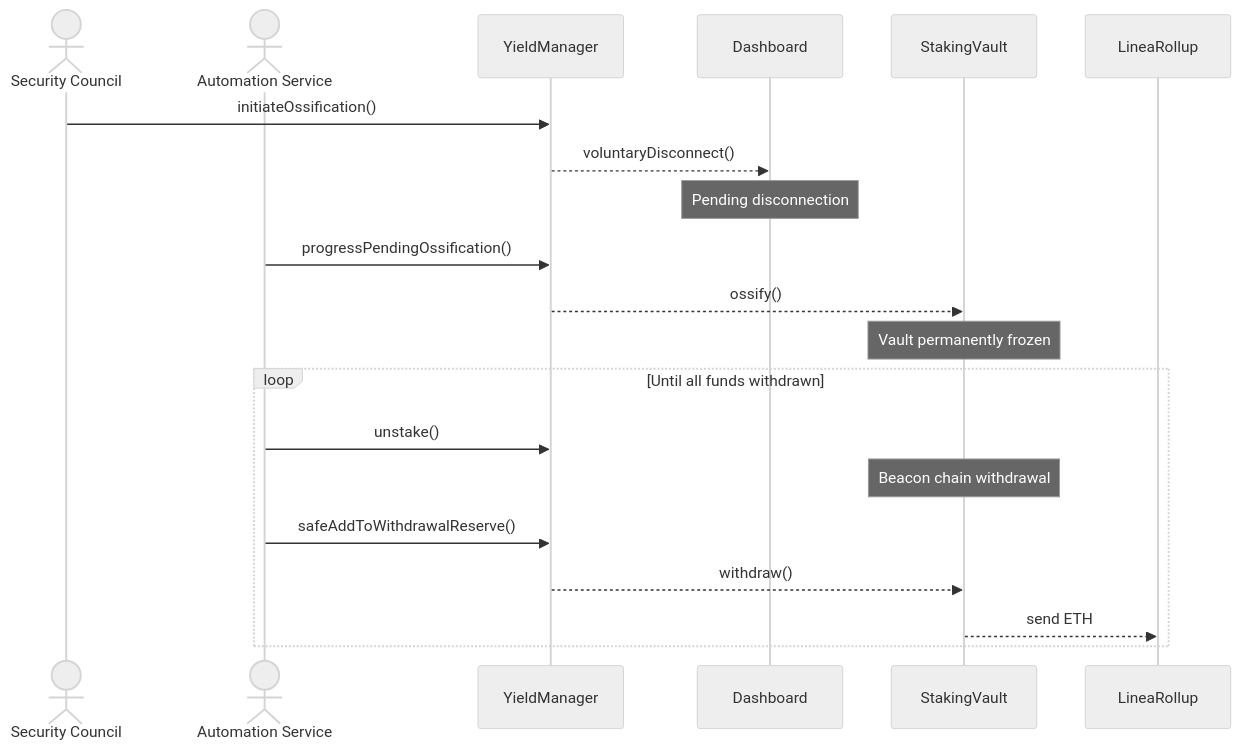
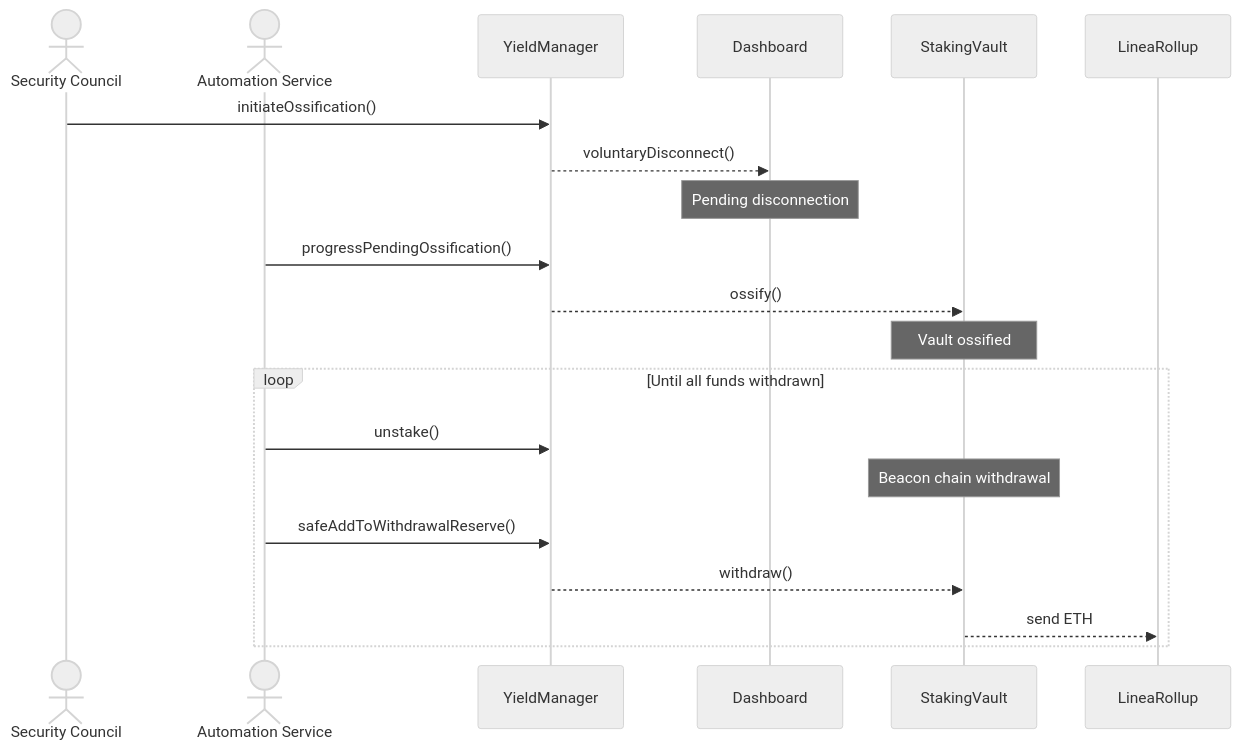
One commit to Consensys/linea-monorepo changed the eighth of 8 diagrams in docs/yield-boost-fund-flow.md. Above: the diagram before and after it, drawn with Mermaid (neutral theme). The commit also changed other lines of this file, not shown here.

First line of the commit message:
docs: correct fund flow accuracy in roles and sequences

````diff
--- a/docs/yield-boost-fund-flow.md
+++ b/docs/yield-boost-fund-flow.md
@@ -230,25 +231,25 @@
 ```mermaid
 sequenceDiagram
     actor SC as Security Council
     actor Auto as Automation Service
     participant YM as YieldManager
     participant DB as Dashboard
     participant SV as StakingVault
     participant LR as LineaRollup
 
     SC->>YM: initiateOssification()
     YM-->>DB: voluntaryDisconnect()
     Note over DB: Pending disconnection
 
     Auto->>YM: progressPendingOssification()
     YM-->>SV: ossify()
-    Note over SV: Vault permanently frozen
+    Note over SV: Vault ossified
 
     loop Until all funds withdrawn
         Auto->>YM: unstake()
         Note over SV: Beacon chain withdrawal
         Auto->>YM: safeAddToWithdrawalReserve()
         YM-->>SV: withdraw()
         SV-->>LR: send ETH
     end
 ```
````
